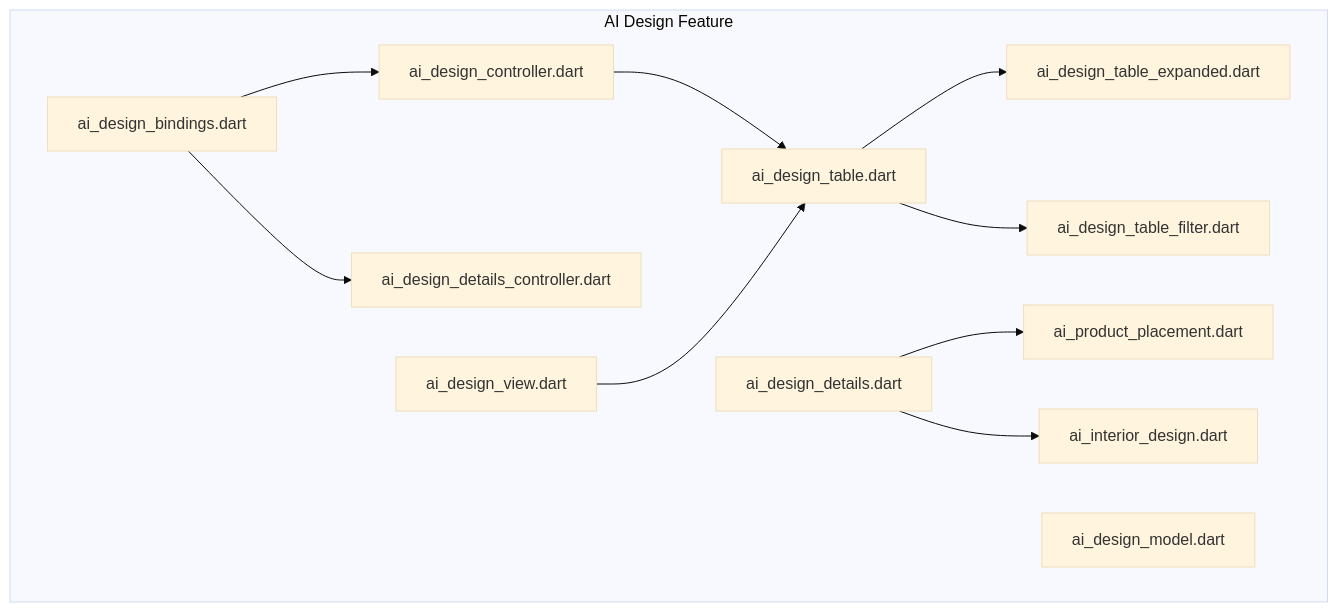
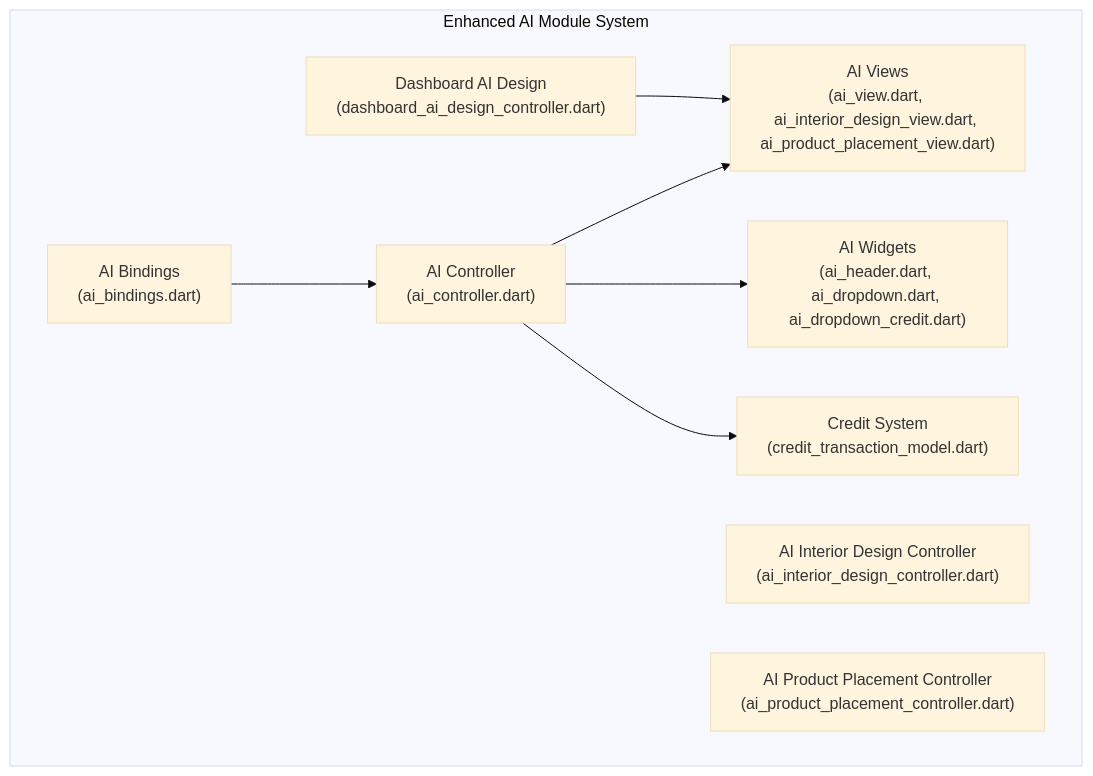
The first of 6 diagrams in .qoder/repowiki/en/content/Core Features/AI Design Services/AI Design Services.md (Ariful3111/FurniGo), drawn with Mermaid (base theme) before and after one commit. The commit also changed other lines of this file and 67 other files, not shown here.

````diff
--- a/.qoder/repowiki/en/content/Core Features/AI Design Services/AI Design Services.md
+++ b/.qoder/repowiki/en/content/Core Features/AI Design Services/AI Design Services.md
@@ -41,24 +65,18 @@
 ```mermaid
 graph TB
-subgraph "AI Design Feature"
-A["ai_design_controller.dart"]
-B["ai_design_details_controller.dart"]
-C["ai_design_model.dart"]
-D["ai_design_bindings.dart"]
-E["ai_design_view.dart"]
-F["ai_design_details.dart"]
-G["ai_design_table.dart"]
-H["ai_design_table_expanded.dart"]
-I["ai_design_table_filter.dart"]
-J["ai_product_placement.dart"]
-K["ai_interior_design.dart"]
+subgraph "Enhanced AI Module System"
+A["AI Controller<br/>(ai_controller.dart)"]
+B["AI Interior Design Controller<br/>(ai_interior_design_controller.dart)"]
+C["AI Product Placement Controller<br/>(ai_product_placement_controller.dart)"]
+D["AI Bindings<br/>(ai_bindings.dart)"]
+E["AI Views<br/>(ai_view.dart, ai_interior_design_view.dart, ai_product_placement_view.dart)"]
+F["AI Widgets<br/>(ai_header.dart, ai_dropdown.dart, ai_dropdown_credit.dart)"]
+G["Dashboard AI Design<br/>(dashboard_ai_design_controller.dart)"]
+H["Credit System<br/>(credit_transaction_model.dart)"]
 end
 D --> A
-D --> B
-A --> G
-G --> H
-G --> I
-F --> J
-F --> K
-E --> G
+A --> E
+A --> F
+G --> E
+A --> H
 ```
````
